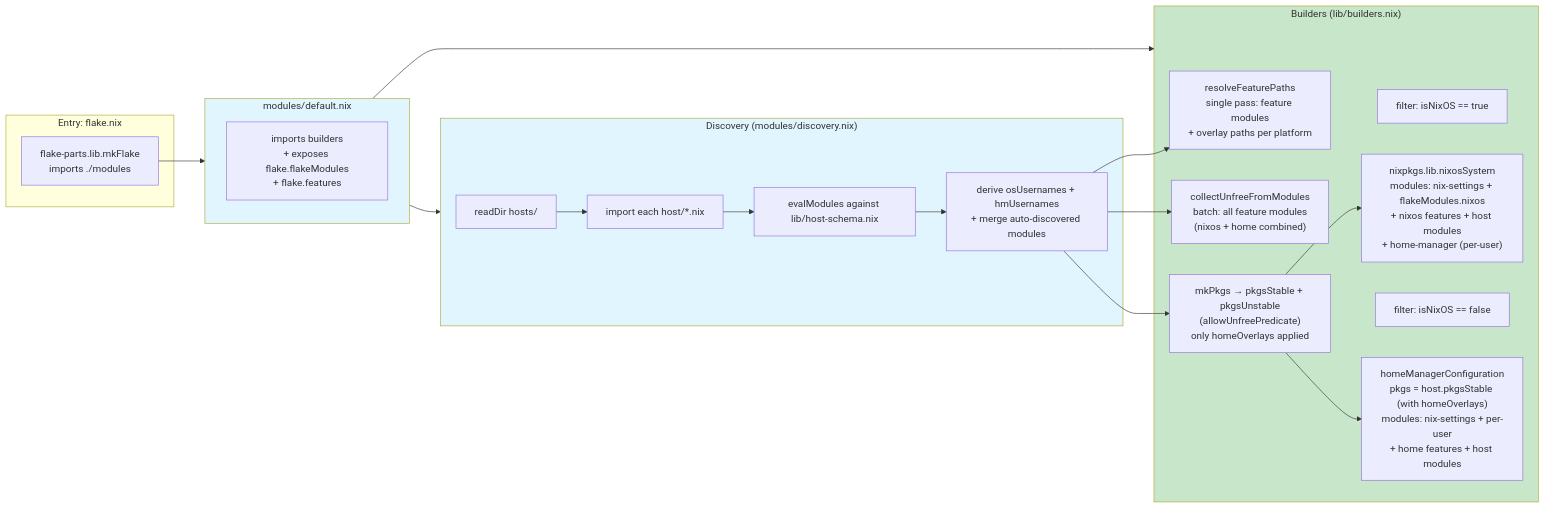
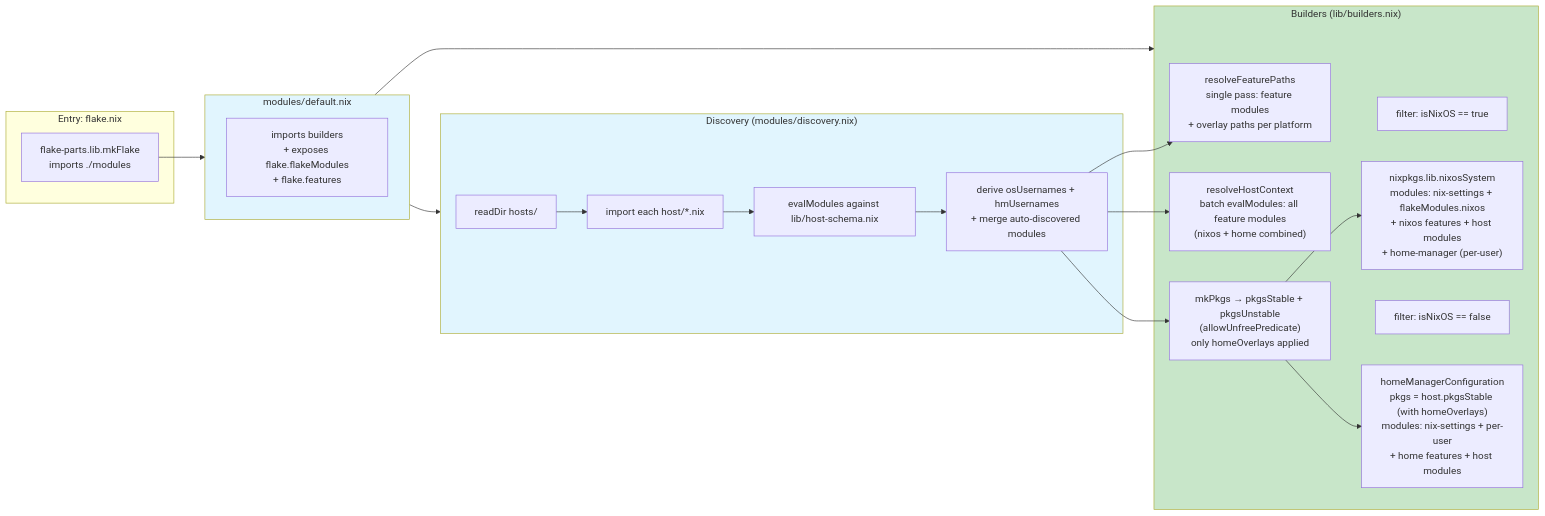
The second of 8 diagrams in DESIGN.md (WombatFromHell/automatic-palm-tree), drawn with Mermaid before and after one commit. The commit also changed other lines of this file and 3 other files, not shown here.

````diff
--- a/DESIGN.md
+++ b/DESIGN.md
@@ -105,45 +104,45 @@
 ```mermaid
 flowchart LR
     subgraph E ["Entry: flake.nix"]
         fp["flake-parts.lib.mkFlake\nimports ./modules"]
     end
 
     subgraph M ["modules/default.nix"]
         mm["imports builders\n+ exposes flake.flakeModules\n+ flake.features"]
     end
 
     subgraph D ["Discovery (modules/discovery.nix)"]
         scan["readDir hosts/"]
         importHost["import each host/*.nix"]
         validate["evalModules against lib/host-schema.nix"]
         enrich["derive osUsernames + hmUsernames\n+ merge auto-discovered modules"]
     end
 
     subgraph B ["Builders (lib/builders.nix)"]
         resolveFeat["resolveFeaturePaths\nsingle pass: feature modules\n+ overlay paths per platform"]
-        collectU["collectUnfreeFromModules\nbatch: all feature modules\n(nixos + home combined)"]
+        collectU["resolveHostContext\nbatch evalModules: all feature modules\n(nixos + home combined)"]
         mkPkgsSet["mkPkgs → pkgsStable + pkgsUnstable\n(allowUnfreePredicate)\nonly homeOverlays applied"]
         filterN["filter: isNixOS == true"]
         nixosSys["nixpkgs.lib.nixosSystem\nmodules: nix-settings + flakeModules.nixos\n+ nixos features + host modules\n+ home-manager (per-user)"]
         filterH["filter: isNixOS == false"]
         hmConfig["homeManagerConfiguration\npkgs = host.pkgsStable (with homeOverlays)\nmodules: nix-settings + per-user\n+ home features + host modules"]
     end
 
     fp --> M
 
     M --> D
     M --> B
 
     scan --> importHost --> validate --> enrich
 
     enrich --> resolveFeat
     enrich --> collectU
     enrich --> mkPkgsSet
 
     mkPkgsSet --> nixosSys
     mkPkgsSet --> hmConfig
 
     style M fill:#e1f5fe
     style D fill:#e1f5fe
     style B fill:#c8e6c9
 ```
````
